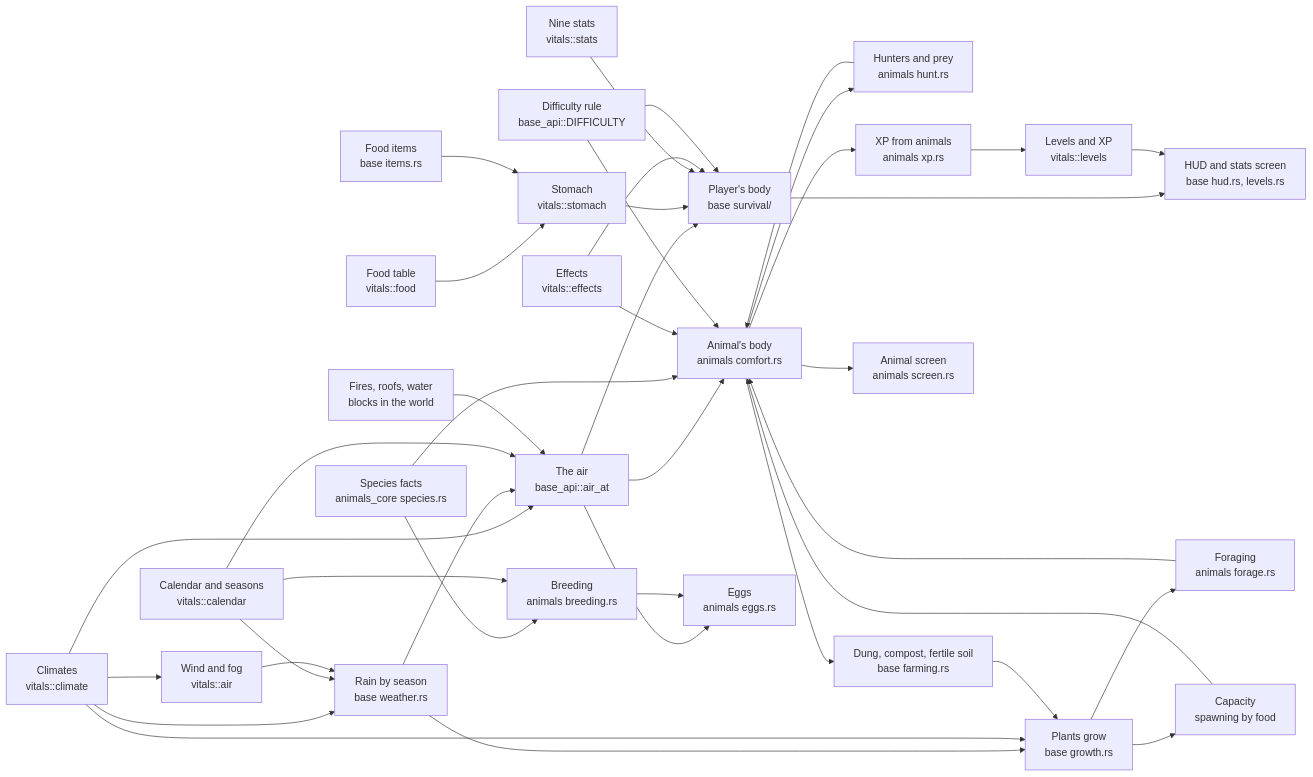
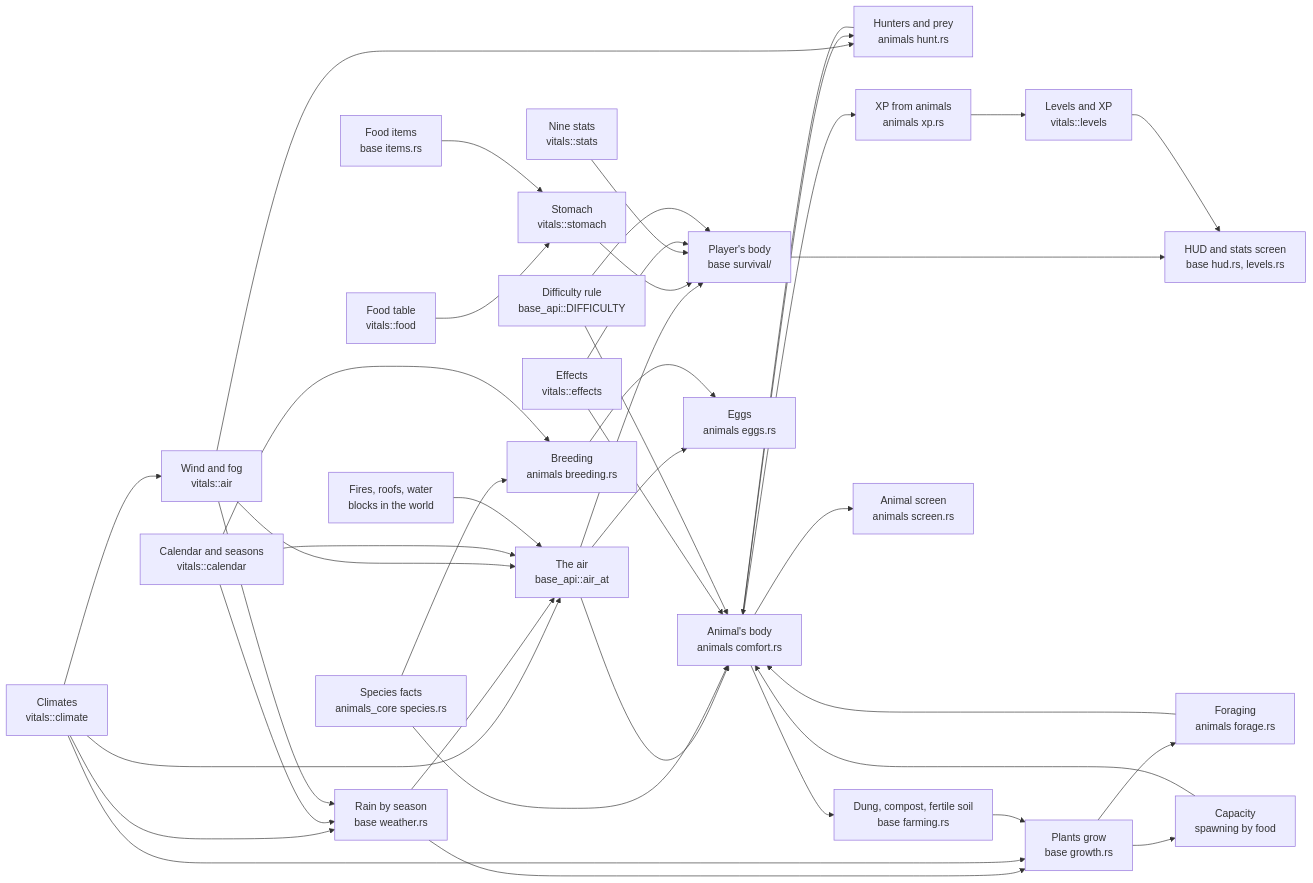
One commit to ronickg/chiacraft-weft changed the diagram in notes/SYSTEMS.md. Above: the diagram before and after it, drawn with Mermaid. The commit also changed other lines of this file and 27 other files, not shown here.

````diff
--- a/notes/SYSTEMS.md
+++ b/notes/SYSTEMS.md
@@ -12,40 +12,42 @@
 ```mermaid
 flowchart LR
   climate["Climates<br/>vitals::climate"] --> air["The air<br/>base_api::air_at"]
   climate --> weather["Rain by season<br/>base weather.rs"]
   calendar --> weather
   weather --> air
   climate --> wind["Wind and fog<br/>vitals::air"]
   wind --> weather
+  wind --> air
+  wind --> hunting
   weather --> plants["Plants grow<br/>base growth.rs"]
   climate --> plants
   plants --> forage["Foraging<br/>animals forage.rs"]
   forage --> animal
   plants --> capacity["Capacity<br/>spawning by food"]
   animal --> hunting["Hunters and prey<br/>animals hunt.rs"]
   hunting --> animal
   animal --> soil["Dung, compost, fertile soil<br/>base farming.rs"]
   soil --> plants
   capacity --> animal
   calendar["Calendar and seasons<br/>vitals::calendar"] --> air
   fires["Fires, roofs, water<br/>blocks in the world"] --> air
   air --> player["Player's body<br/>base survival/"]
   air --> animal["Animal's body<br/>animals comfort.rs"]
   air --> eggs["Eggs<br/>animals eggs.rs"]
   food["Food table<br/>vitals::food"] --> stomach["Stomach<br/>vitals::stomach"]
   items["Food items<br/>base items.rs"] --> stomach
   stomach --> player
   stats["Nine stats<br/>vitals::stats"] --> player
   species["Species facts<br/>animals_core species.rs"] --> animal
   species --> breeding["Breeding<br/>animals breeding.rs"]
   calendar --> breeding
   breeding --> eggs
   effects["Effects<br/>vitals::effects"] --> player
   effects --> animal
   difficulty["Difficulty rule<br/>base_api::DIFFICULTY"] --> player
   difficulty --> animal
   player --> hud["HUD and stats screen<br/>base hud.rs, levels.rs"]
   levels["Levels and XP<br/>vitals::levels"] --> hud
   animal --> xp["XP from animals<br/>animals xp.rs"] --> levels
   animal --> screen["Animal screen<br/>animals screen.rs"]
 ```
````
